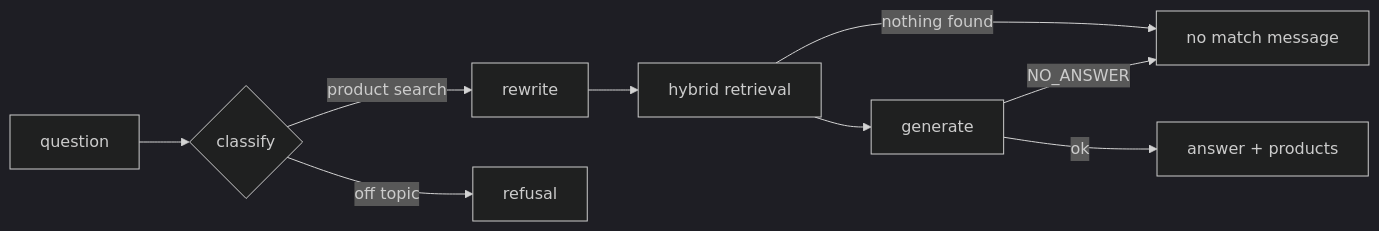
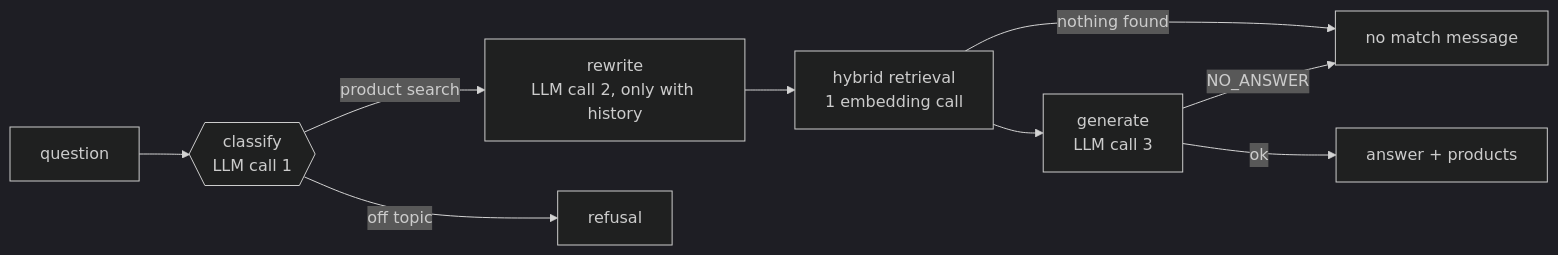
The diagram in readme.md (fsystemweb/rag-ecommerce), drawn with Mermaid (dark theme) before and after one commit. The commit also changed other lines of this file and 1 other file, not shown here.

Commit message:
Show LLM calls per question in the diagrams and architecture page

````diff
--- a/readme.md
+++ b/readme.md
@@ -23,8 +23,8 @@
 ```mermaid
 flowchart LR
-  Q[question] --> C{classify} -- product search --> R[rewrite] --> H[hybrid retrieval] --> G[generate]
+  Q[question] --> C{{"classify<br/>LLM call 1"}} -- product search --> R["rewrite<br/>LLM call 2, only with history"] --> H["hybrid retrieval<br/>1 embedding call"] --> G["generate<br/>LLM call 3"]
   C -- off topic --> X[refusal]
   H -- nothing found --> N[no match message]
   G -- NO_ANSWER --> N
   G -- ok --> A[answer + products]
 ```
````
